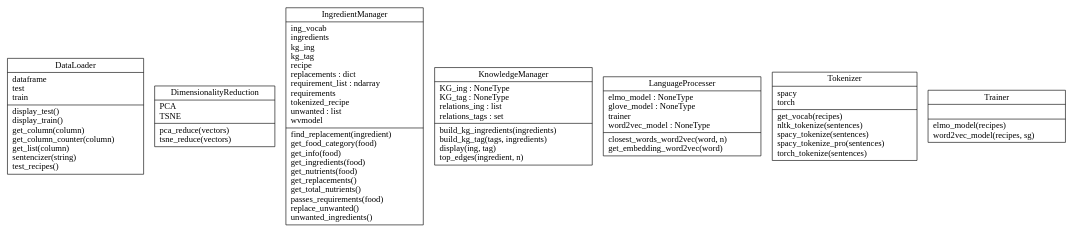
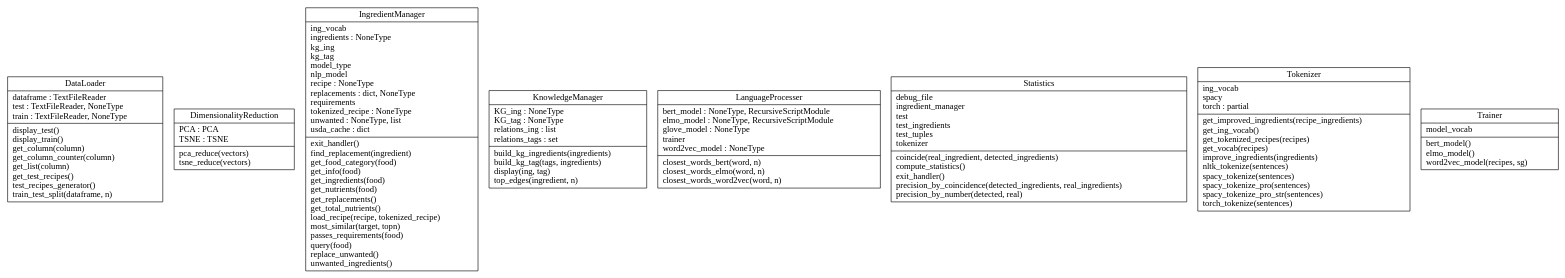
Before and after one commit to AlbertoSierraLopez/TFGDietDecomposition: the diagram in classes.dot, drawn with Graphviz. The commit also changed 7 other files, not shown here.

Commit message:
Se elimina el vocabulario de ingredientes de OpenFoodFacts y la función improve_ingredients(). Lo siguiente será usar Levenshtein para detectar ingredientes.

```diff
--- a/classes.dot
+++ b/classes.dot
@@ -1,11 +1,12 @@
 digraph "classes" {
 rankdir=BT
 charset="utf-8"
-"src.data_loader.DataLoader" [color="black", fontcolor="black", label="{DataLoader|dataframe\ltest\ltrain\l|display_test()\ldisplay_train()\lget_column(column)\lget_column_counter(column)\lget_list(column)\lsentencizer(string)\ltest_recipes()\l}", shape="record", style="solid"];
-"src.dimensionality_reduction.DimensionalityReduction" [color="black", fontcolor="black", label="{DimensionalityReduction|PCA\lTSNE\l|pca_reduce(vectors)\ltsne_reduce(vectors)\l}", shape="record", style="solid"];
-"src.ingredient_manager.IngredientManager" [color="black", fontcolor="black", label="{IngredientManager|ing_vocab\lingredients\lkg_ing\lkg_tag\lrecipe\lreplacements : dict\lrequirement_list : ndarray\lrequirements\ltokenized_recipe\lunwanted : list\lwvmodel\l|find_replacement(ingredient)\lget_food_category(food)\lget_info(food)\lget_ingredients(food)\lget_nutrients(food)\lget_replacements()\lget_total_nutrients()\lpasses_requirements(food)\lreplace_unwanted()\lunwanted_ingredients()\l}", shape="record", style="solid"];
+"src.data_loader.DataLoader" [color="black", fontcolor="black", label="{DataLoader|dataframe : TextFileReader\ltest : TextFileReader, NoneType\ltrain : TextFileReader, NoneType\l|display_test()\ldisplay_train()\lget_column(column)\lget_column_counter(column)\lget_list(column)\lget_test_recipes()\ltest_recipes_generator()\ltrain_test_split(dataframe, n)\l}", shape="record", style="solid"];
+"src.dimensionality_reduction.DimensionalityReduction" [color="black", fontcolor="black", label="{DimensionalityReduction|PCA : PCA\lTSNE : TSNE\l|pca_reduce(vectors)\ltsne_reduce(vectors)\l}", shape="record", style="solid"];
+"src.ingredient_manager.IngredientManager" [color="black", fontcolor="black", label="{IngredientManager|ing_vocab\lingredients : NoneType\lkg_ing\lkg_tag\lmodel_type\lnlp_model\lrecipe : NoneType\lreplacements : dict, NoneType\lrequirements\ltokenized_recipe : NoneType\lunwanted : NoneType, list\lusda_cache : dict\l|exit_handler()\lfind_replacement(ingredient)\lget_food_category(food)\lget_info(food)\lget_ingredients(food)\lget_nutrients(food)\lget_replacements()\lget_total_nutrients()\lload_recipe(recipe, tokenized_recipe)\lmost_similar(target, topn)\lpasses_requirements(food)\lquery(food)\lreplace_unwanted()\lunwanted_ingredients()\l}", shape="record", style="solid"];
 "src.knowledge_manager.KnowledgeManager" [color="black", fontcolor="black", label="{KnowledgeManager|KG_ing : NoneType\lKG_tag : NoneType\lrelations_ing : list\lrelations_tags : set\l|build_kg_ingredients(ingredients)\lbuild_kg_tag(tags, ingredients)\ldisplay(ing, tag)\ltop_edges(ingredient, n)\l}", shape="record", style="solid"];
-"src.language_processer.LanguageProcesser" [color="black", fontcolor="black", label="{LanguageProcesser|elmo_model : NoneType\lglove_model : NoneType\ltrainer\lword2vec_model : NoneType\l|closest_words_word2vec(word, n)\lget_embedding_word2vec(word)\l}", shape="record", style="solid"];
-"src.tokenizer.Tokenizer" [color="black", fontcolor="black", label="{Tokenizer|spacy\ltorch\l|get_vocab(recipes)\lnltk_tokenize(sentences)\lspacy_tokenize(sentences)\lspacy_tokenize_pro(sentences)\ltorch_tokenize(sentences)\l}", shape="record", style="solid"];
-"src.trainer.Trainer" [color="black", fontcolor="black", label="{Trainer|\l|elmo_model(recipes)\lword2vec_model(recipes, sg)\l}", shape="record", style="solid"];
+"src.language_processer.LanguageProcesser" [color="black", fontcolor="black", label="{LanguageProcesser|bert_model : NoneType, RecursiveScriptModule\lelmo_model : NoneType, RecursiveScriptModule\lglove_model : NoneType\ltrainer\lword2vec_model : NoneType\l|closest_words_bert(word, n)\lclosest_words_elmo(word, n)\lclosest_words_word2vec(word, n)\l}", shape="record", style="solid"];
+"src.statistics.Statistics" [color="black", fontcolor="black", label="{Statistics|debug_file\lingredient_manager\ltest\ltest_ingredients\ltest_tuples\ltokenizer\l|coincide(real_ingredient, detected_ingredients)\lcompute_statistics()\lexit_handler()\lprecision_by_coincidence(detected_ingredients, real_ingredients)\lprecision_by_number(detected, real)\l}", shape="record", style="solid"];
+"src.tokenizer.Tokenizer" [color="black", fontcolor="black", label="{Tokenizer|ing_vocab\lspacy\ltorch : partial\l|get_improved_ingredients(recipe_ingredients)\lget_ing_vocab()\lget_tokenized_recipes(recipes)\lget_vocab(recipes)\limprove_ingredients(ingredients)\lnltk_tokenize(sentences)\lspacy_tokenize(sentences)\lspacy_tokenize_pro(sentences)\lspacy_tokenize_pro_str(sentences)\ltorch_tokenize(sentences)\l}", shape="record", style="solid"];
+"src.trainer.Trainer" [color="black", fontcolor="black", label="{Trainer|model_vocab\l|bert_model()\lelmo_model()\lword2vec_model(recipes, sg)\l}", shape="record", style="solid"];
 }
```
